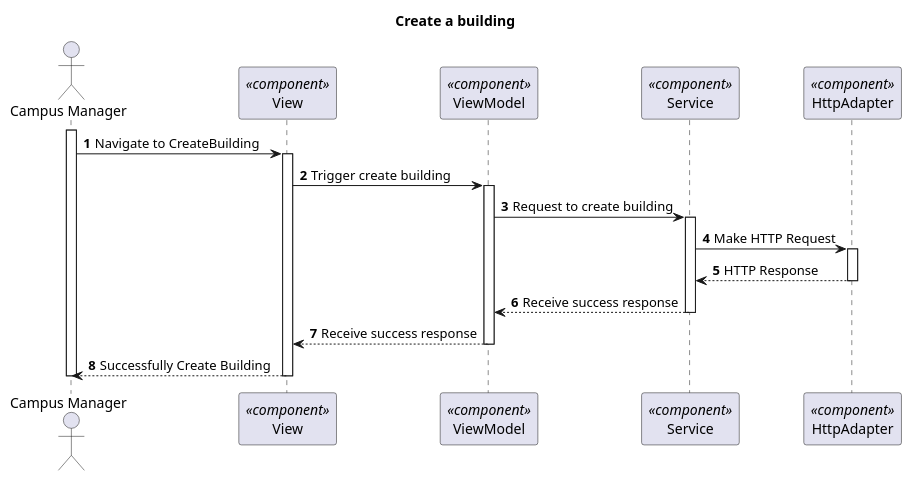
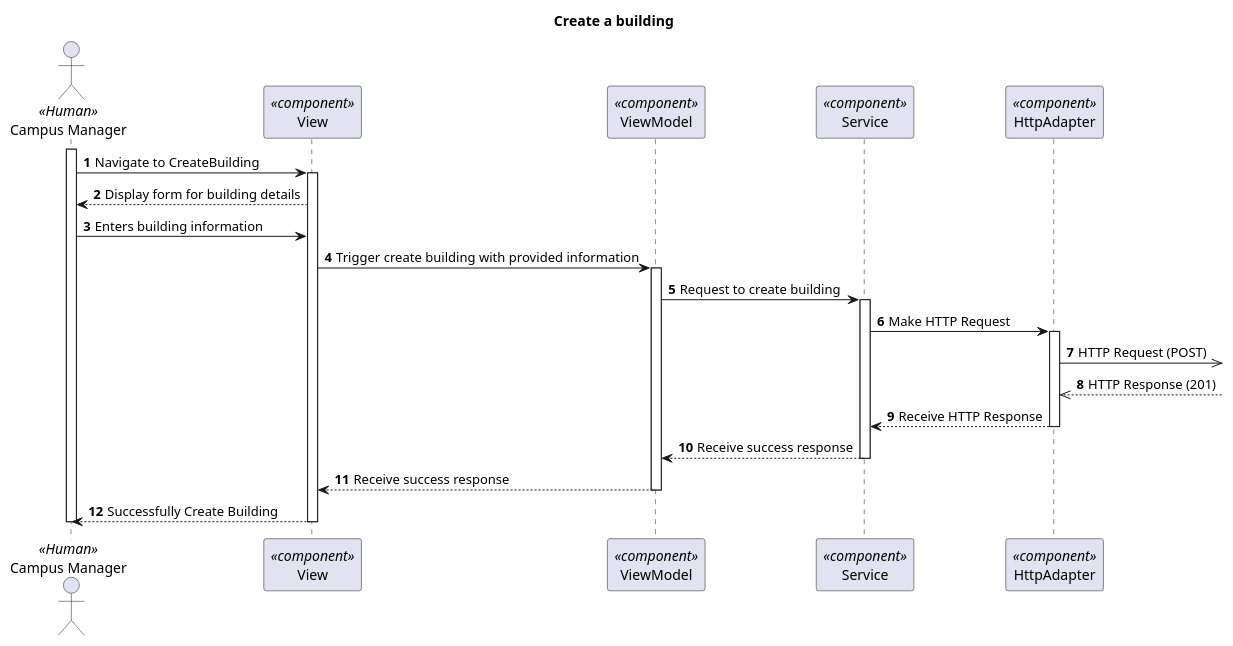
The diagram in docs/VistaProcesso/US150(1050)/Visualization/ProcessView_Level3_US1050.puml (1210910/lapr5), drawn with PlantUML before and after one commit. The commit also changed 42 other files, not shown here.

```diff
--- a/docs/VistaProcesso/US150(1050)/Visualization/ProcessView_Level3_US1050.puml
+++ b/docs/VistaProcesso/US150(1050)/Visualization/ProcessView_Level3_US1050.puml
@@ -1,37 +1,42 @@
 @startuml Process View - Level 3 - Create a building
 
 autonumber
 skinparam packageStyle rect
 
 title Create a building
-actor "Campus Manager" as CM
+actor "Campus Manager" as CM <<Human>>
 participant "View" as view <<component>>
 participant "ViewModel" as viewModel <<component>>
 participant "Service" as service <<component>>
 participant "HttpAdapter" as httpAdapter <<component>>
 
 activate CM
 CM -> view : Navigate to CreateBuilding
 activate view
-view -> viewModel : Trigger create building
+view --> CM : Display form for building details
+CM -> view : Enters building information
+
+view -> viewModel : Trigger create building with provided information
 
 activate viewModel
 viewModel -> service : Request to create building
 
 activate service
 service -> httpAdapter : Make HTTP Request
 activate httpAdapter
-httpAdapter --> service : HTTP Response
+httpAdapter ->> : HTTP Request (POST)
+httpAdapter <<-- : HTTP Response (201)
+httpAdapter --> service : Receive HTTP Response
 deactivate httpAdapter
 
 service --> viewModel : Receive success response
 deactivate service
 
 viewModel --> view : Receive success response
 deactivate viewModel
 
 view --> CM : Successfully Create Building
 deactivate view
 
 deactivate CM
 @enduml
```
